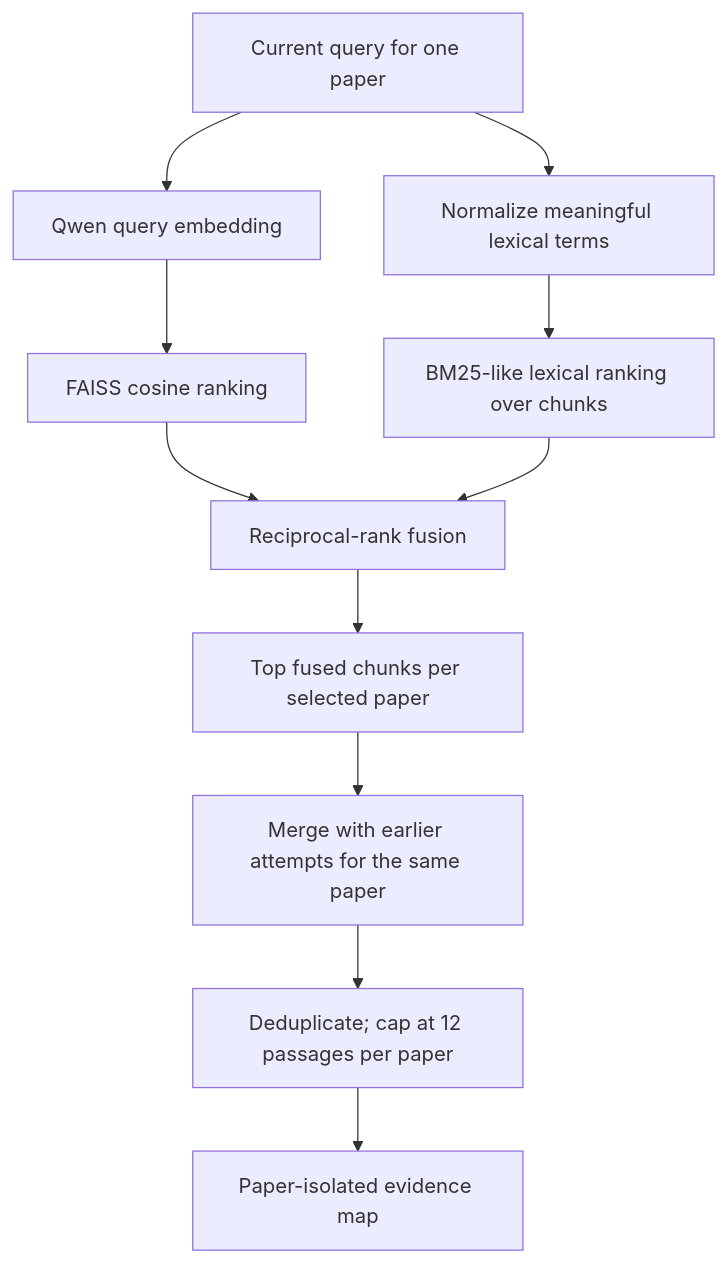
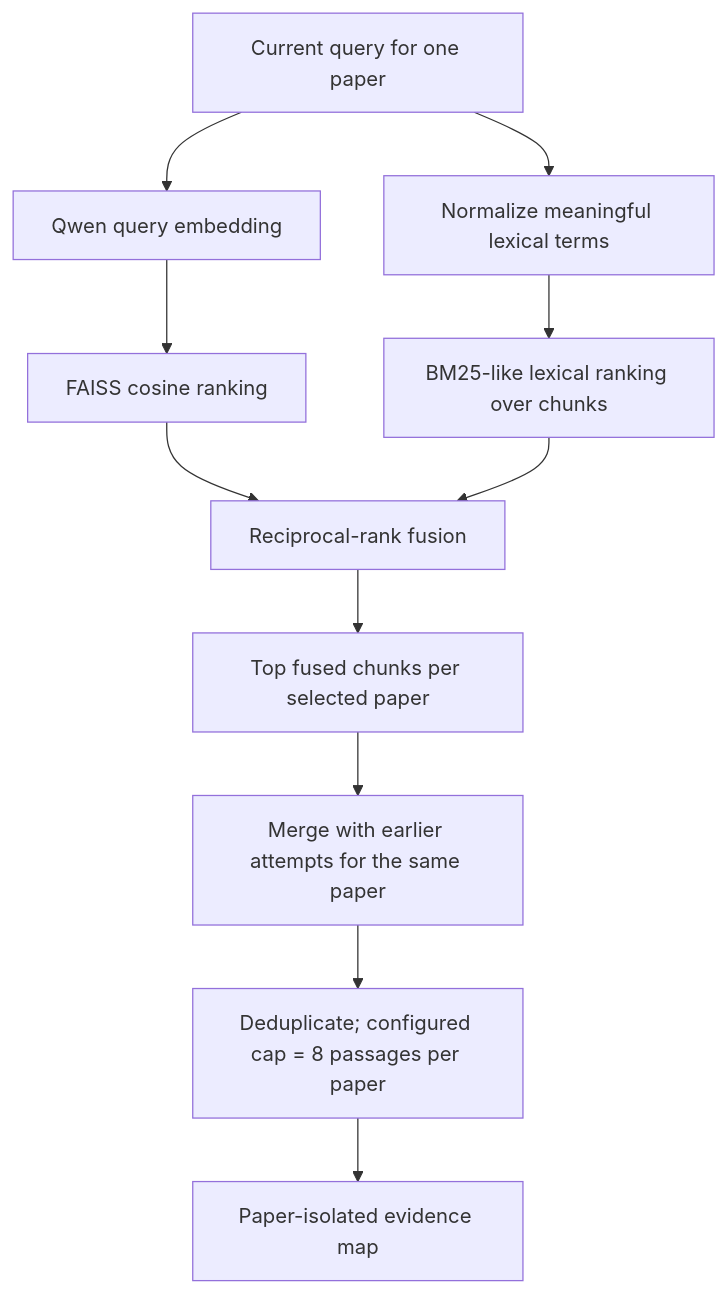
Before and after one commit to TQC0103/scientific-research-agent: the sixth of 11 diagrams in docs/SYSTEM_VISUALIZATION.md, drawn with Mermaid. The commit also changed other lines of this file and 17 other files, not shown here.

````diff
--- a/docs/SYSTEM_VISUALIZATION.md
+++ b/docs/SYSTEM_VISUALIZATION.md
@@ -151,13 +151,13 @@
 ```mermaid
 flowchart TD
     QUERY["Current query for one paper"] --> DENSE_EMBED["Qwen query embedding"]
     DENSE_EMBED --> FAISS["FAISS cosine ranking"]
     QUERY --> TOKENS["Normalize meaningful lexical terms"]
     TOKENS --> LEXICAL["BM25-like lexical ranking over chunks"]
     FAISS --> RRF["Reciprocal-rank fusion"]
     LEXICAL --> RRF
     RRF --> TOP["Top fused chunks per selected paper"]
     TOP --> MERGE["Merge with earlier attempts for the same paper"]
-    MERGE --> DEDUPE["Deduplicate; cap at 12 passages per paper"]
+    MERGE --> DEDUPE["Deduplicate; configured cap = 8 passages per paper"]
     DEDUPE --> EVIDENCE["Paper-isolated evidence map"]
 ```
````
